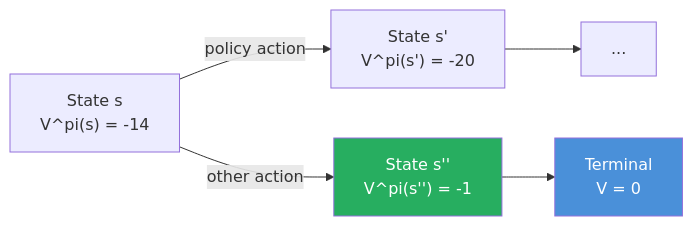
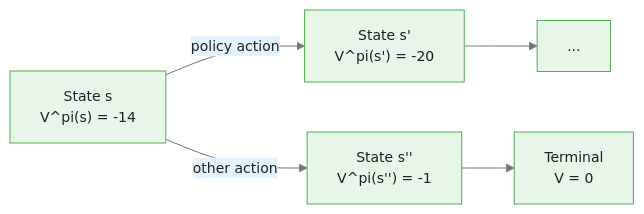
The second of 3 diagrams in courses/reinforcement-learning/modules/module_01_dynamic_programming/guides/01_policy_evaluation_slides.md (m-deane/course-creator), drawn with Mermaid before and after one commit. The commit also changed other lines of this file and 131 other files, not shown here.

````diff
--- a/courses/reinforcement-learning/modules/module_01_dynamic_programming/guides/01_policy_evaluation_slides.md
+++ b/courses/reinforcement-learning/modules/module_01_dynamic_programming/guides/01_policy_evaluation_slides.md
@@ -195,9 +227,8 @@
 ```mermaid
+%%{init: {"theme": "base", "themeVariables": {"primaryColor": "#e8f5e9", "primaryBorderColor": "#4caf50", "primaryTextColor": "#212121", "secondaryColor": "#e3f2fd", "tertiaryColor": "#fff8e1", "lineColor": "#757575", "fontFamily": "Inter, sans-serif", "fontSize": "14px"}}}%%
 flowchart LR
     S0["State s\nV^pi(s) = -14"] -->|"policy action"| S1["State s'\nV^pi(s') = -20"]
     S0 -->|"other action"| S2["State s''\nV^pi(s'') = -1"]
     S1 --> SN["..."]
     S2 --> Term["Terminal\nV = 0"]
-    style S2 fill:#27ae60,color:#fff
-    style Term fill:#4a90d9,color:#fff
 ```
````
